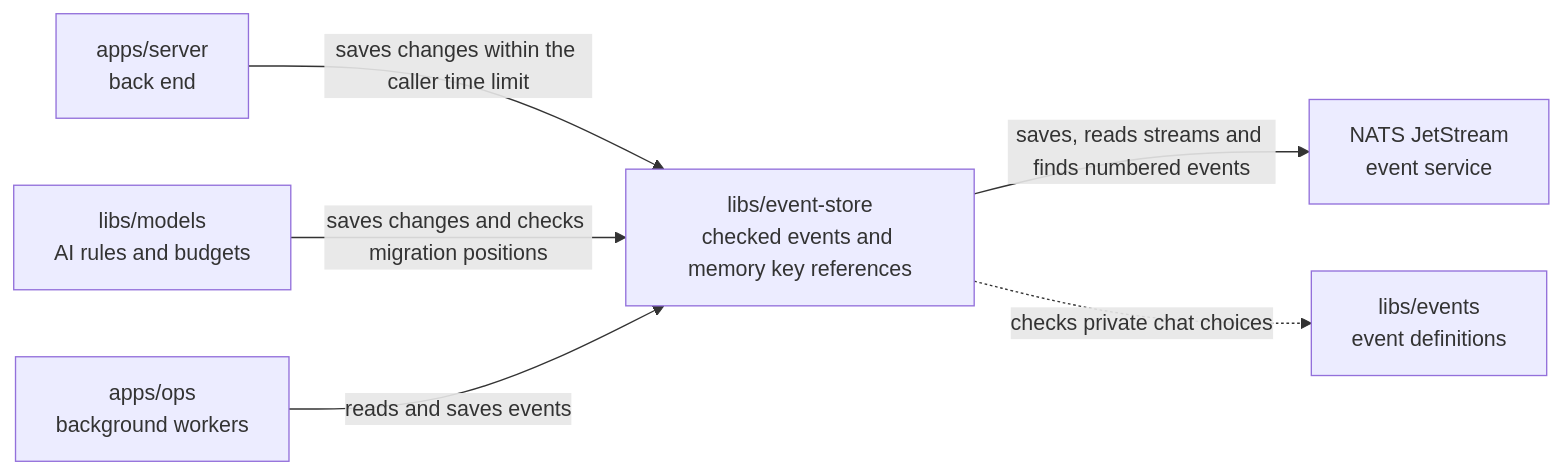
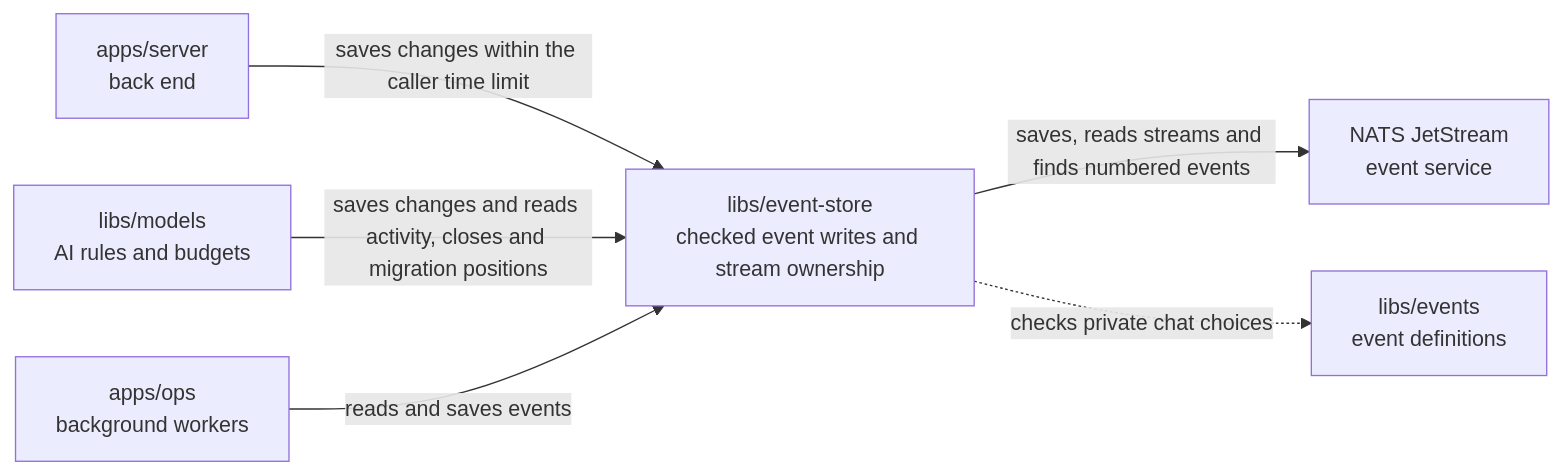
One commit to elewa-git/opencrane-new changed the diagram in libs/event-store/README.md. Above: the diagram before and after it, drawn with Mermaid. The commit also changed other lines of this file and 55 other files, not shown here.

````diff
--- a/libs/event-store/README.md
+++ b/libs/event-store/README.md
@@ -22,8 +22,8 @@
 ```mermaid
 flowchart LR
-  server["apps/server<br/>back end"] -->|saves changes within the caller time limit| store["libs/event-store<br/>checked events and memory key references"]
-  models["libs/models<br/>AI rules and budgets"] -->|saves changes and checks migration positions| store
+  server["apps/server<br/>back end"] -->|saves changes within the caller time limit| store["libs/event-store<br/>checked event writes and stream ownership"]
+  models["libs/models<br/>AI rules and budgets"] -->|saves changes and reads activity, closes and migration positions| store
   ops["apps/ops<br/>background workers"] -->|reads and saves events| store
   store -->|saves, reads streams and finds numbered events| nats["NATS JetStream<br/>event service"]
   store -.->|checks private chat choices| events["libs/events<br/>event definitions"]
 ```
````
